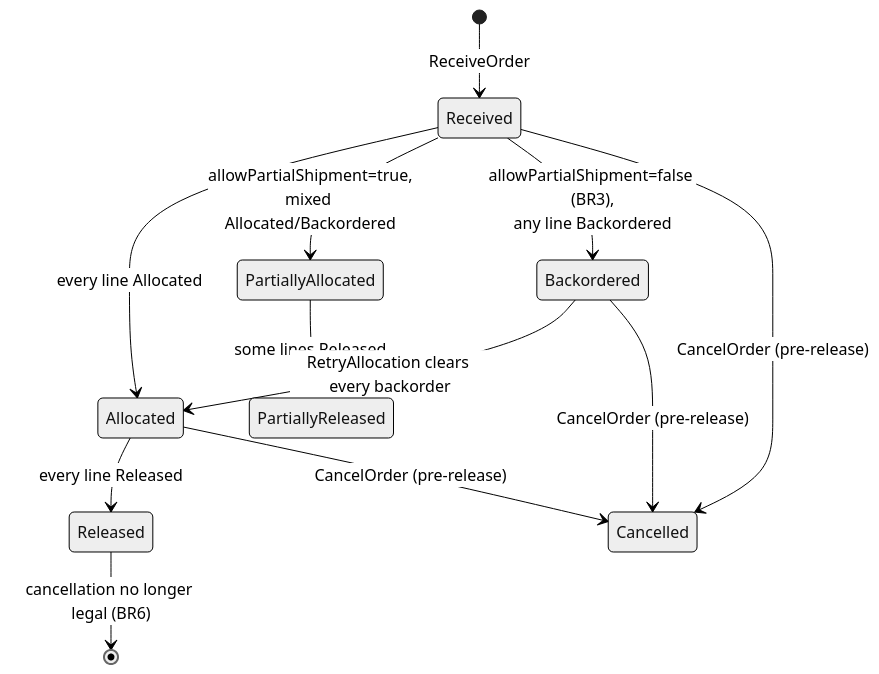
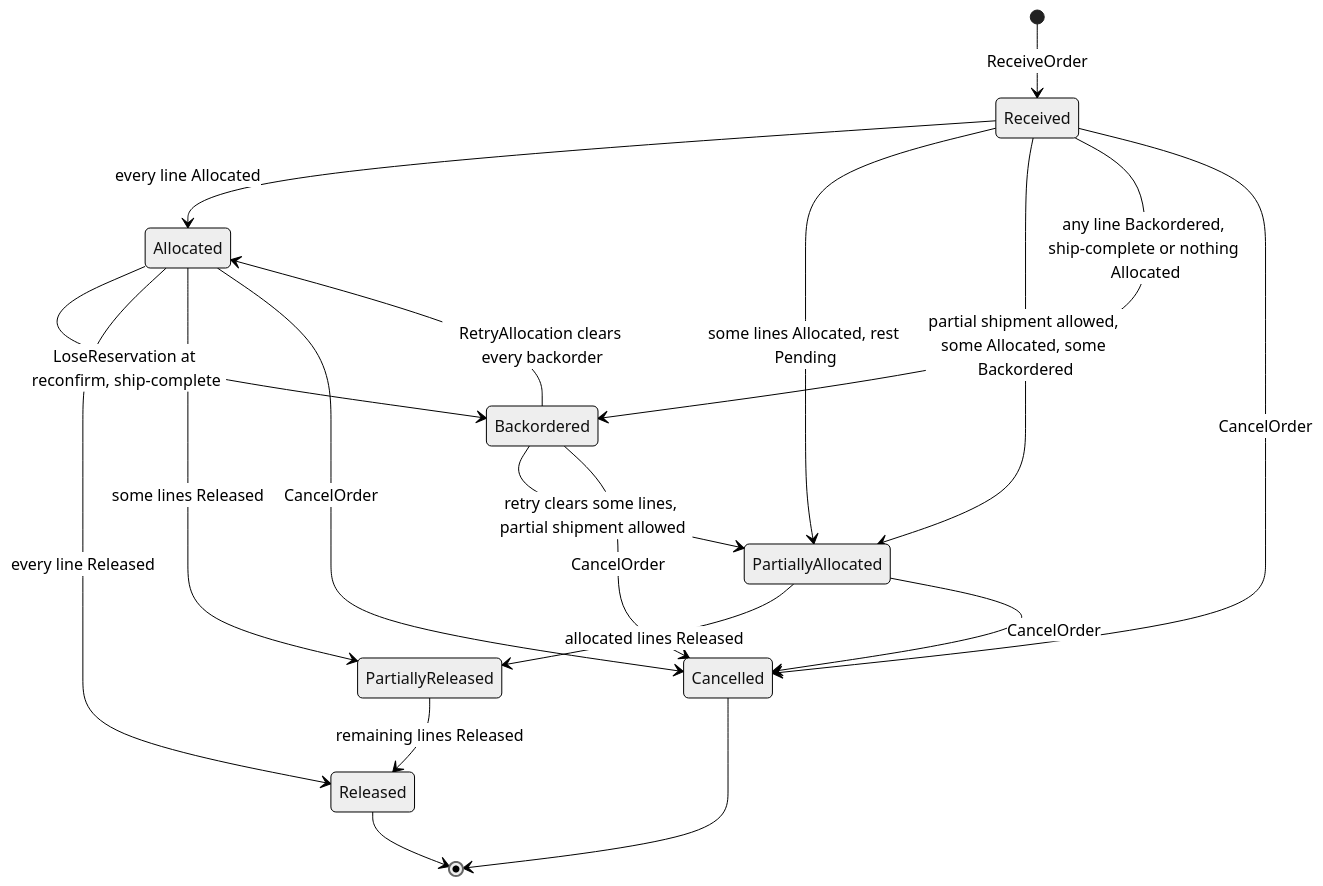
The second of 2 diagrams in docs/contexts/order-management/aggregate-design-canvas.md (IQVO/warehouse-docs), drawn with Mermaid (neutral theme) before and after one commit. The commit also changed other lines of this file and 717 other files, not shown here.

````diff
--- a/docs/contexts/order-management/aggregate-design-canvas.md
+++ b/docs/contexts/order-management/aggregate-design-canvas.md
@@ -77,14 +87,21 @@
 ```mermaid
 stateDiagram-v2
     [*] --> Received: ReceiveOrder
     Received --> Allocated: every line Allocated
-    Received --> PartiallyAllocated: allowPartialShipment=true,<br/>mixed Allocated/Backordered
-    Received --> Backordered: allowPartialShipment=false (BR3),<br/>any line Backordered
+    Received --> PartiallyAllocated: some lines Allocated, rest Pending
+    Received --> PartiallyAllocated: partial shipment allowed, some Allocated, some Backordered
+    Received --> Backordered: any line Backordered, ship-complete or nothing Allocated
+    Backordered --> Allocated: RetryAllocation clears every backorder
+    Backordered --> PartiallyAllocated: retry clears some lines, partial shipment allowed
+    Allocated --> Backordered: LoseReservation at reconfirm, ship-complete
     Allocated --> Released: every line Released
-    PartiallyAllocated --> PartiallyReleased: some lines Released
-    Backordered --> Allocated: RetryAllocation clears every backorder
-    Received --> Cancelled: CancelOrder (pre-release)
-    Allocated --> Cancelled: CancelOrder (pre-release)
-    Backordered --> Cancelled: CancelOrder (pre-release)
-    Released --> [*]: cancellation no longer legal (BR6)
+    Allocated --> PartiallyReleased: some lines Released
+    PartiallyAllocated --> PartiallyReleased: allocated lines Released
+    PartiallyReleased --> Released: remaining lines Released
+    Received --> Cancelled: CancelOrder
+    Allocated --> Cancelled: CancelOrder
+    PartiallyAllocated --> Cancelled: CancelOrder
+    Backordered --> Cancelled: CancelOrder
+    Released --> [*]
+    Cancelled --> [*]
 ```
````
